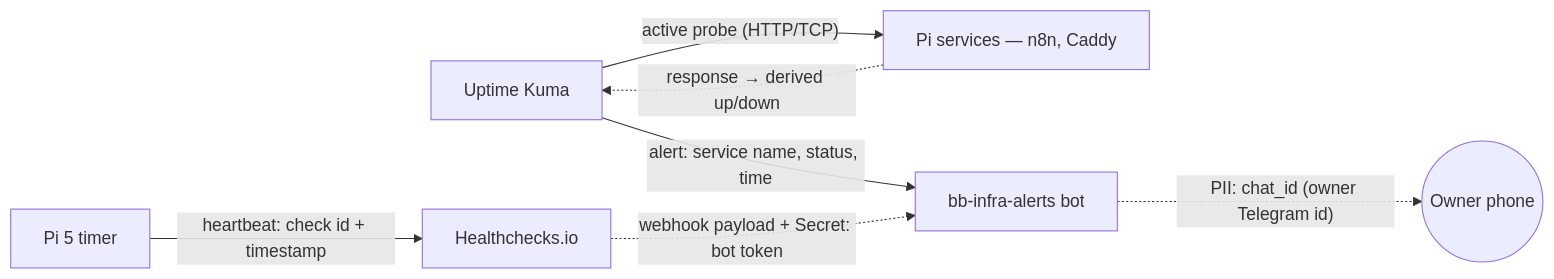
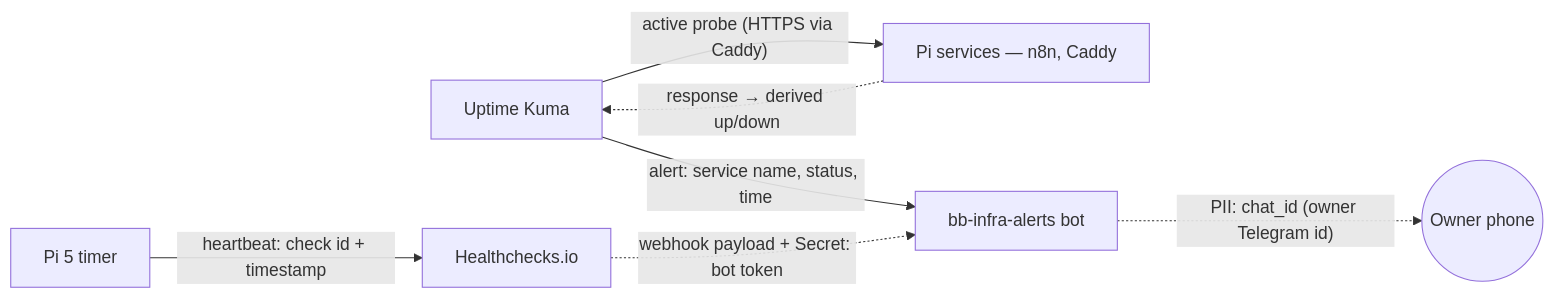
Before and after one commit to benoit-bremaud/bb-homelab: the diagram in docs/architecture/diagrams/monitoring/06-data-flow.md, drawn with Mermaid. The commit also changed 23 other files, not shown here.

````diff
--- a/docs/architecture/diagrams/monitoring/06-data-flow.md
+++ b/docs/architecture/diagrams/monitoring/06-data-flow.md
@@ -20,10 +20,10 @@
 ```mermaid
 flowchart LR
-  kuma["Uptime Kuma"] -->|"active probe (HTTP/TCP)"| svc["Pi services — n8n, Caddy"]
+  kuma["Uptime Kuma"] -->|"active probe (HTTPS via Caddy)"| svc["Pi services — n8n, Caddy"]
   svc -.->|"response → derived up/down"| kuma
   timer["Pi 5 timer"] -->|"heartbeat: check id + timestamp"| hc["Healthchecks.io"]
 
   kuma -->|"alert: service name, status, time"| bot["bb-infra-alerts bot"]
   hc -.->|"webhook payload + Secret: bot token"| bot
   bot -.->|"PII: chat_id (owner Telegram id)"| phone(("Owner phone"))
 ```
````
